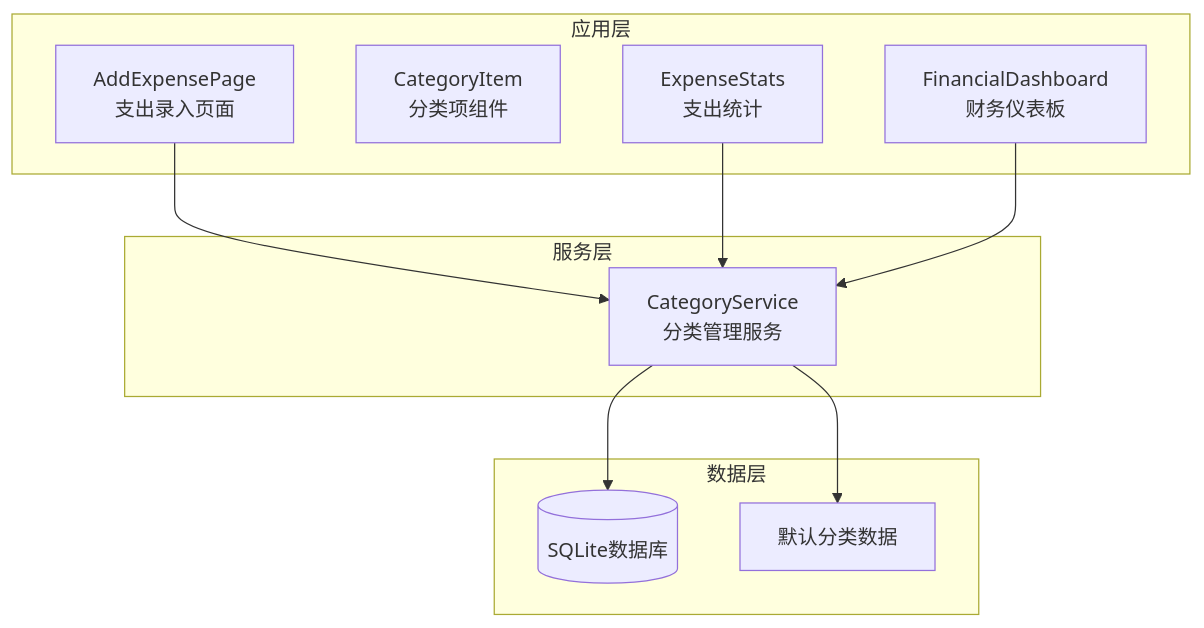
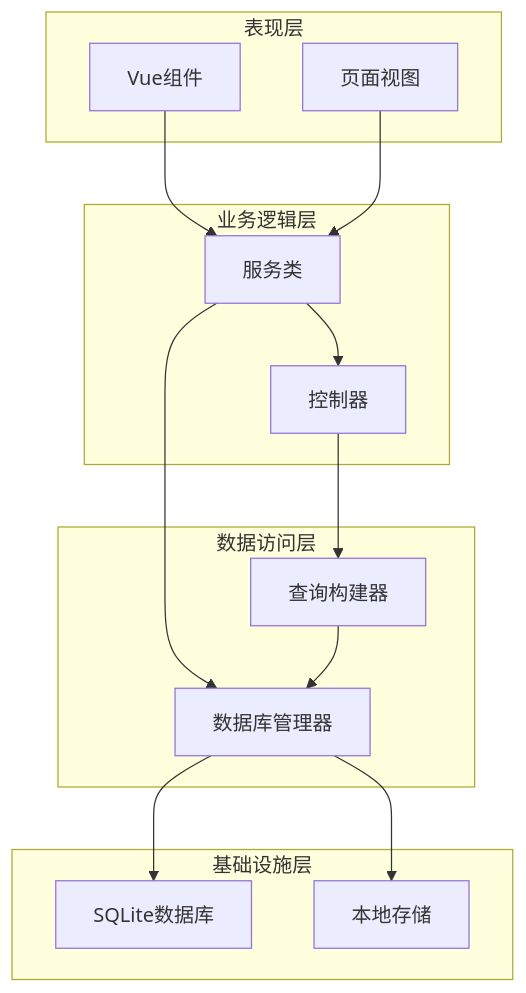
The second of 13 diagrams in .qoder/repowiki/zh/content/API参考/服务API.md (xiao-lin-unit/yuan), drawn with Mermaid before and after one commit. The commit also changed other lines of this file and 21 other files, not shown here.

````diff
--- a/.qoder/repowiki/zh/content/API参考/服务API.md
+++ b/.qoder/repowiki/zh/content/API参考/服务API.md
@@ -40,21 +137,27 @@
 ```mermaid
 graph TB
-subgraph "服务层"
-CS[CategoryService<br/>分类管理服务]
+subgraph "表现层"
+Components[Vue组件]
+Views[页面视图]
 end
-subgraph "数据层"
-DB[(SQLite数据库)]
-DC[默认分类数据]
+subgraph "业务逻辑层"
+Services[服务类]
+Controllers[控制器]
 end
-subgraph "应用层"
-AE[AddExpensePage<br/>支出录入页面]
-CE[CategoryItem<br/>分类项组件]
-ES[ExpenseStats<br/>支出统计]
-FD[FinancialDashboard<br/>财务仪表板]
+subgraph "数据访问层"
+DatabaseManager[数据库管理器]
+QueryBuilder[查询构建器]
 end
-CS --> DB
-CS --> DC
-AE --> CS
-ES --> CS
-FD --> CS
+subgraph "基础设施层"
+SQLite[SQLite数据库]
+Storage[本地存储]
+end
+Components --> Services
+Views --> Services
+Services --> DatabaseManager
+DatabaseManager --> SQLite
+DatabaseManager --> Storage
+Services --> Controllers
+Controllers --> QueryBuilder
+QueryBuilder --> DatabaseManager
 ```
````
